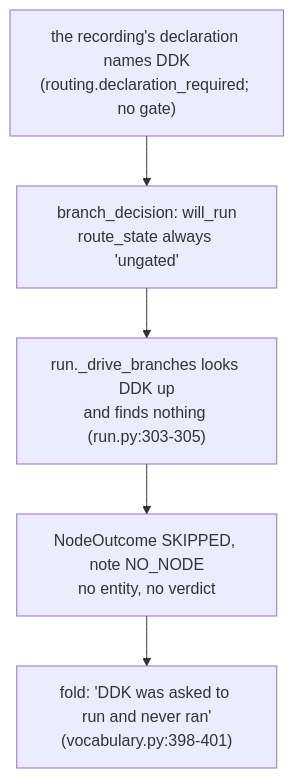
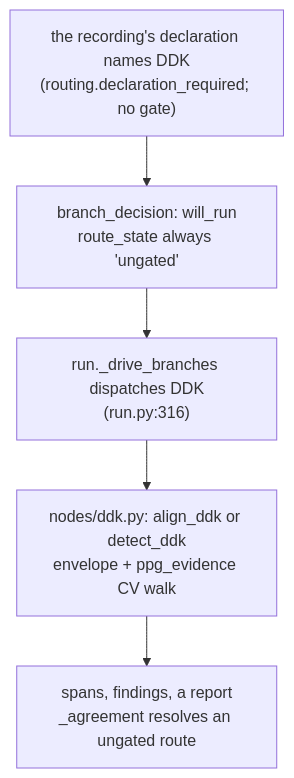
The tenth of 13 diagrams in specs/20260817-triage-workflow-dag/dag.md (sensein/senselab), drawn with Mermaid before and after one commit. The commit also changed other lines of this file, not shown here.

First line of the commit message:
docs(dag): DDK has a node, and it reads two instruments

````diff
--- a/specs/20260817-triage-workflow-dag/dag.md
+++ b/specs/20260817-triage-workflow-dag/dag.md
@@ -2165,8 +2169,8 @@
 ```mermaid
 graph TD
   G1["the recording's declaration names DDK<br/>(routing.declaration_required; no gate)"] --> DEC
-  DEC["branch_decision: will_run<br/>route_state always 'ungated'"] --> LOOKUP
-  LOOKUP["run._drive_branches looks DDK up<br/>and finds nothing (run.py:303-305)"] --> SKIP
-  SKIP["NodeOutcome SKIPPED, note NO_NODE<br/>no entity, no verdict"] --> FOLD
-  FOLD["fold: 'DDK was asked to run and never ran'<br/>(vocabulary.py:398-401)"]
+  DEC["branch_decision: will_run<br/>route_state always 'ungated'"] --> DISP
+  DISP["run._drive_branches dispatches DDK<br/>(run.py:316)"] --> NODE
+  NODE["nodes/ddk.py: align_ddk or detect_ddk<br/>envelope + ppg_evidence CV walk"] --> FOLD
+  FOLD["spans, findings, a report<br/>_agreement resolves an ungated route"]
 ```
````
